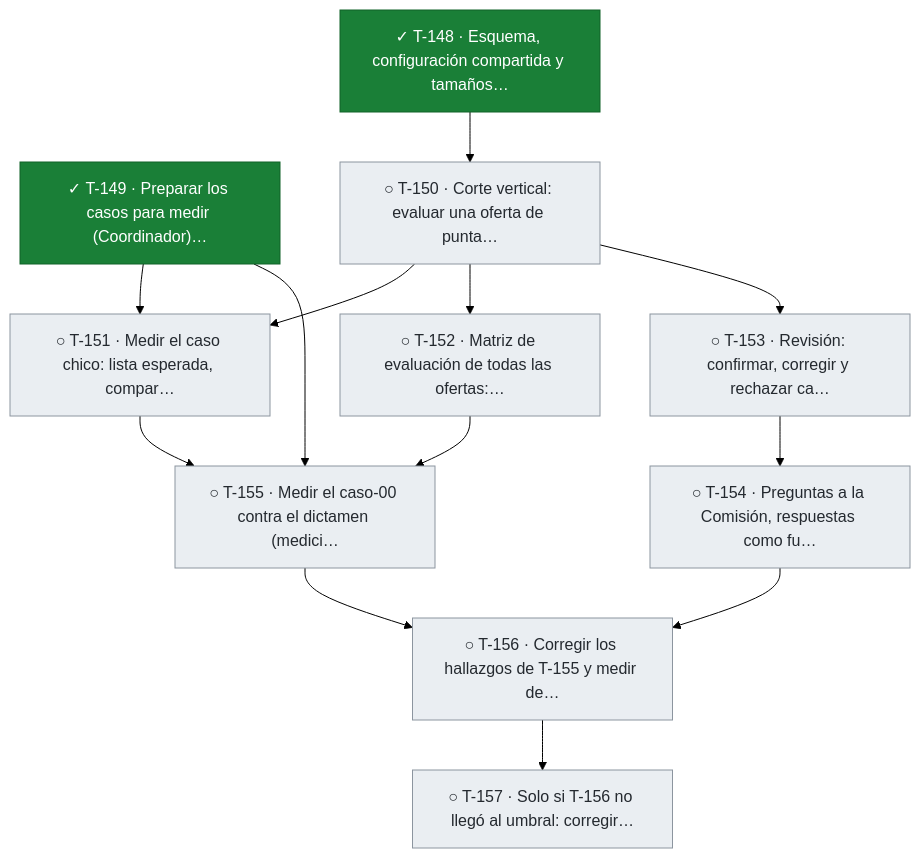
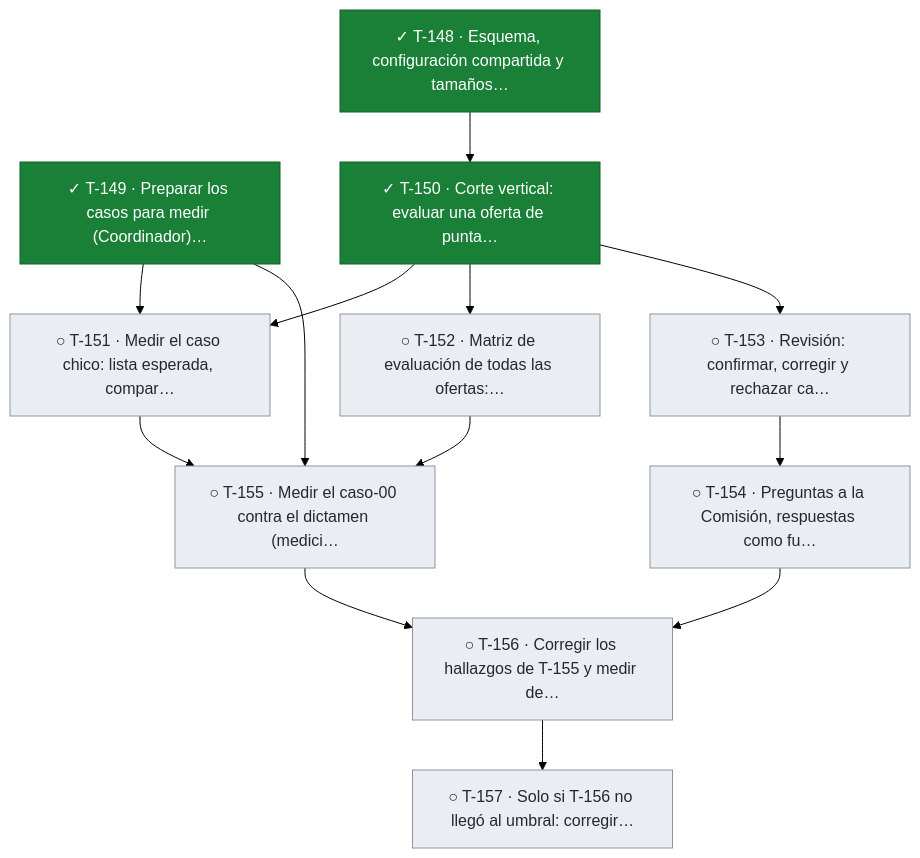
The seventh of 11 diagrams in docs/tablero.md (snavello/EVALUON), drawn with Mermaid (forest theme) before and after one commit. The commit also changed other lines of this file and 1 other file, not shown here.

````diff
--- a/docs/tablero.md
+++ b/docs/tablero.md
@@ -685,30 +685,30 @@
 ```mermaid
 flowchart TD
   T148["✓ T-148 · Esquema, configuración compartida y tamaños…"]:::done
   T149["✓ T-149 · Preparar los casos para medir (Coordinador)…"]:::done
-  T150["○ T-150 · Corte vertical: evaluar una oferta de punta…"]:::todo
+  T150["✓ T-150 · Corte vertical: evaluar una oferta de punta…"]:::done
   T151["○ T-151 · Medir el caso chico: lista esperada, compar…"]:::todo
   T152["○ T-152 · Matriz de evaluación de todas las ofertas:…"]:::todo
   T153["○ T-153 · Revisión: confirmar, corregir y rechazar ca…"]:::todo
   T154["○ T-154 · Preguntas a la Comisión, respuestas como fu…"]:::todo
   T155["○ T-155 · Medir el caso-00 contra el dictamen (medici…"]:::todo
   T156["○ T-156 · Corregir los hallazgos de T-155 y medir de…"]:::todo
   T157["○ T-157 · Solo si T-156 no llegó al umbral: corregir…"]:::todo
   T148 --> T150
   T149 --> T151
   T150 --> T151
   T150 --> T152
   T150 --> T153
   T153 --> T154
   T149 --> T155
   T151 --> T155
   T152 --> T155
   T154 --> T156
   T155 --> T156
   T156 --> T157
   classDef done fill:#1a7f37,stroke:#116329,color:#ffffff
   classDef review fill:#0969da,stroke:#0550ae,color:#ffffff
   classDef active fill:#bf8700,stroke:#7d4e00,color:#ffffff
   classDef blocked fill:#cf222e,stroke:#a40e26,color:#ffffff
   classDef todo fill:#eaeef2,stroke:#8c959f,color:#24292f
 ```
````
